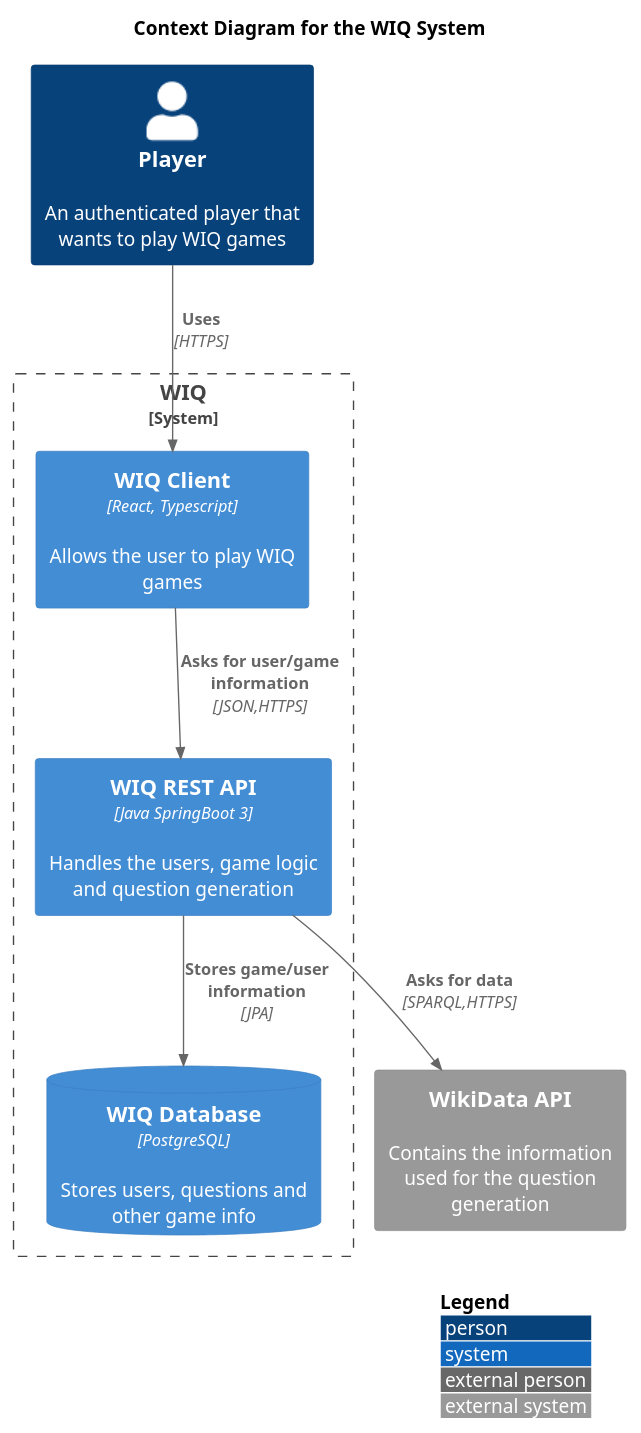
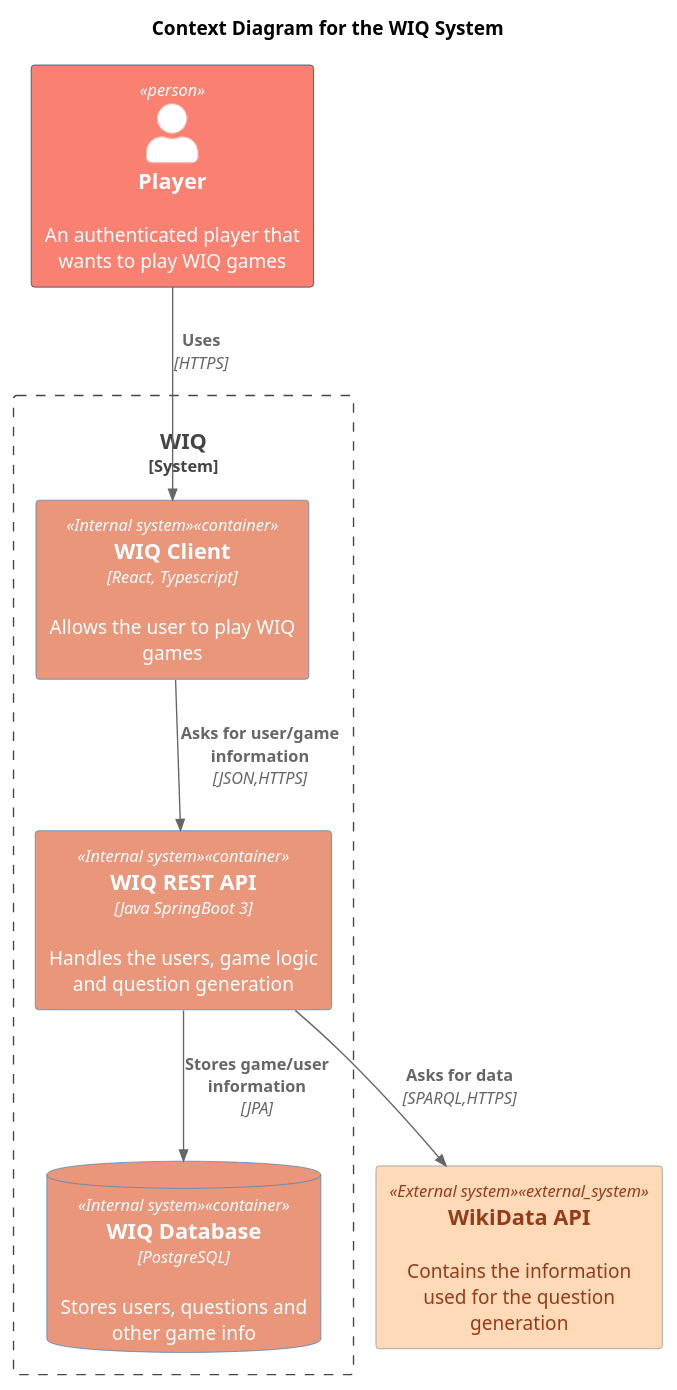
One commit to Arquisoft/wiq_en2b changed the diagram in docs/diagrams/ContainerDiagram.puml. Above: the diagram before and after it, drawn with PlantUML.

Commit message:
fix: color legend updated for container diagram

```diff
--- a/docs/diagrams/ContainerDiagram.puml
+++ b/docs/diagrams/ContainerDiagram.puml
@@ -1,24 +1,28 @@
 @startuml
 !includeurl https://raw.githubusercontent.com/RicardoNiepel/C4-PlantUML/master/C4_Container.puml
 !include <c4/C4_Context.puml>
 
 title Context Diagram for the WIQ System
-LAYOUT_WITH_LEGEND()
 
+
+AddElementTag("Person", $bgColor="#salmon", $fontColor="#white")
+AddElementTag("Internal system", $bgColor="#darksalmon", $fontColor="#white")
+AddElementTag("External system", $bgColor="#peachpuff", $fontColor="#963b17")
 'Containers
 Person(player, Player,"An authenticated player that wants to play WIQ games")
 
 System_Boundary(wiq,"WIQ"){
-    Container(web_app, "WIQ Client", "React, Typescript", "Allows the user to play WIQ games")
-    Container(backend_api, "WIQ REST API","Java SpringBoot 3","Handles the users, game logic and question generation")
-    ContainerDb(database,"WIQ Database","PostgreSQL","Stores users, questions and other game info")
+    Container(web_app, "WIQ Client", "React, Typescript", "Allows the user to play WIQ games", $tags="Internal system")
+    Container(backend_api, "WIQ REST API","Java SpringBoot 3","Handles the users, game logic and question generation", $tags="Internal system")
+    ContainerDb(database,"WIQ Database","PostgreSQL","Stores users, questions and other game info", $tags="Internal system")
 }
 
-System_Ext(wikidata,"WikiData API","Contains the information used for the question generation")
+System_Ext(wikidata,"WikiData API","Contains the information used for the question generation", $tags="External system")
 
 'RELATIONS
 Rel(player,web_app,"Uses","HTTPS")
 Rel(backend_api,wikidata,"Asks for data","SPARQL,HTTPS")
 Rel(web_app,backend_api,"Asks for user/game information","JSON,HTTPS")
 Rel(backend_api,database,"Stores game/user information","JPA")
+
 @enduml
```
